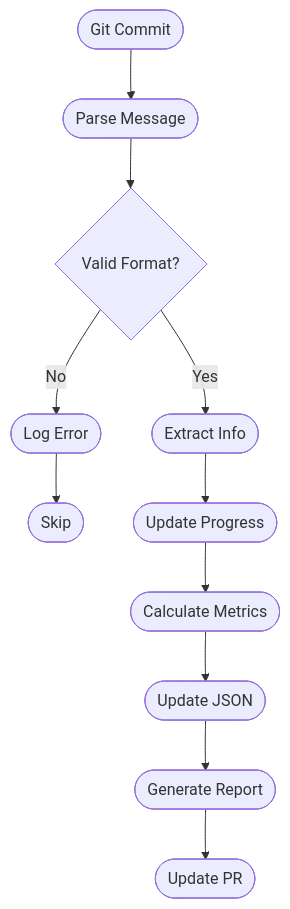
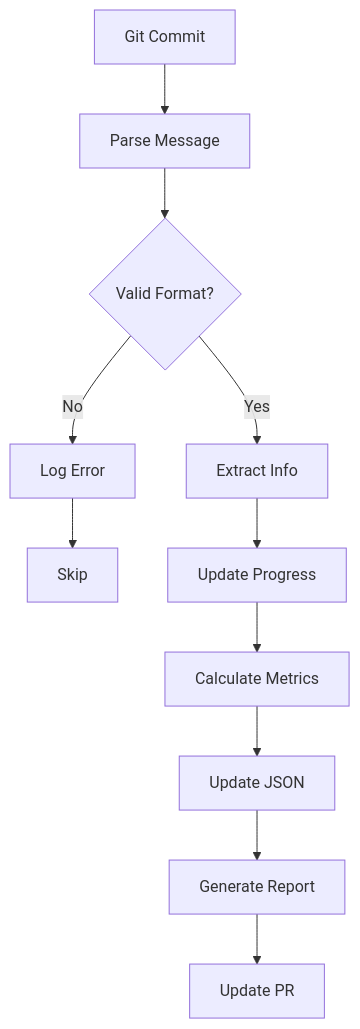
One commit to Shakour-Data/AutoProjectManagement changed the sixth of 11 diagrams in README.md. Above: the diagram before and after it, drawn with Mermaid. The commit also changed other lines of this file, not shown here.

Commit message:
`Update README.md with revised Mermaid diagrams for system architecture, project initialization, wiki synchronization, task management, and progress tracking processes.`

````diff
--- a/README.md
+++ b/README.md
@@ -99,13 +99,13 @@
 ```mermaid
 flowchart TD
-    A([Git Commit]) --> B([Parse Message])
-    B --> C{Valid Format?}
-    C -->|Yes| D([Extract Info])
-    C -->|No| E([Log Error])
-    E --> F([Skip])
-    D --> G([Update Progress])
-    G --> H([Calculate Metrics])
-    H --> I([Update JSON])
-    I --> J([Generate Report])
-    J --> K([Update PR])
+    GitCommit[Git Commit] --> ParseMsg[Parse Message]
+    ParseMsg --> ValidFormat{Valid Format?}
+    ValidFormat -->|Yes| ExtractInfo[Extract Info]
+    ValidFormat -->|No| LogError[Log Error]
+    LogError --> Skip[Skip]
+    ExtractInfo --> UpdateProgress[Update Progress]
+    UpdateProgress --> CalcMetrics[Calculate Metrics]
+    CalcMetrics --> UpdateJSON[Update JSON]
+    UpdateJSON --> GenReport[Generate Report]
+    GenReport --> UpdatePR[Update PR]
 ```
````
